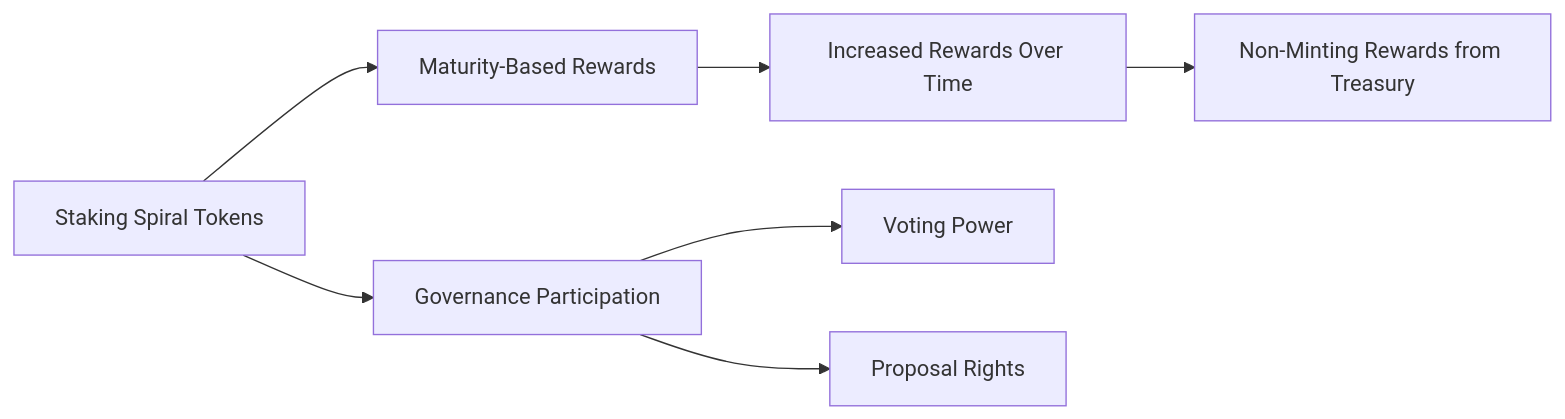
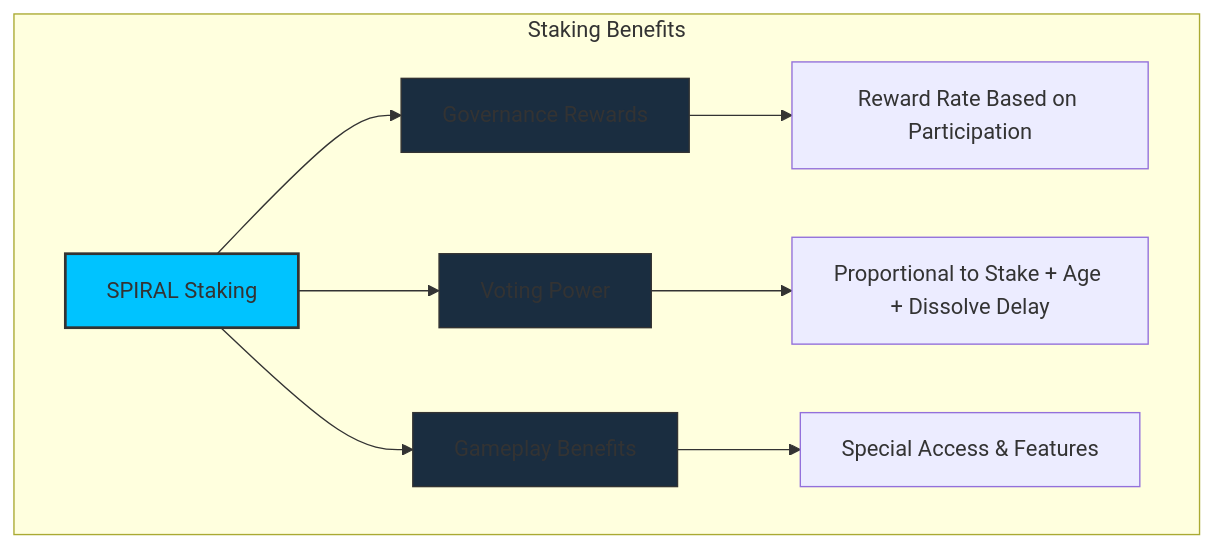
One commit to cosmicrafts/cosmicrafts-dao changed diagram 14 of 19 in src/frontend/src/assets/markdown/en/tokenomics.md. Above: the diagram before and after it, drawn with Mermaid. The commit also changed other lines of this file and 14 other files, not shown here.

````diff
--- a/src/frontend/src/assets/markdown/en/tokenomics.md
+++ b/src/frontend/src/assets/markdown/en/tokenomics.md
@@ -247,9 +438,17 @@
 ```mermaid
-graph LR
-    A[Staking Spiral Tokens] --> B[Maturity-Based Rewards]
-    A --> C[Governance Participation]
-    B --> D[Increased Rewards Over Time]
-    C --> E[Voting Power]
-    C --> F[Proposal Rights]
-    D --> G[Non-Minting Rewards from Treasury]
+graph TD
+    subgraph "Staking Benefits"
+        A[SPIRAL Staking] --> B[Governance Rewards]
+        A --> C[Voting Power]
+        A --> D[Gameplay Benefits]
+        
+        B --> B1[Reward Rate Based on Participation]
+        C --> C1[Proportional to Stake + Age + Dissolve Delay]
+        D --> D1[Special Access & Features]
+    end
+    
+    style A fill:#00c3ff,stroke:#333,stroke-width:2px
+    style B fill:#1a2d40,stroke:#333,stroke-width:1px
+    style C fill:#1a2d40,stroke:#333,stroke-width:1px
+    style D fill:#1a2d40,stroke:#333,stroke-width:1px
 ```
````
